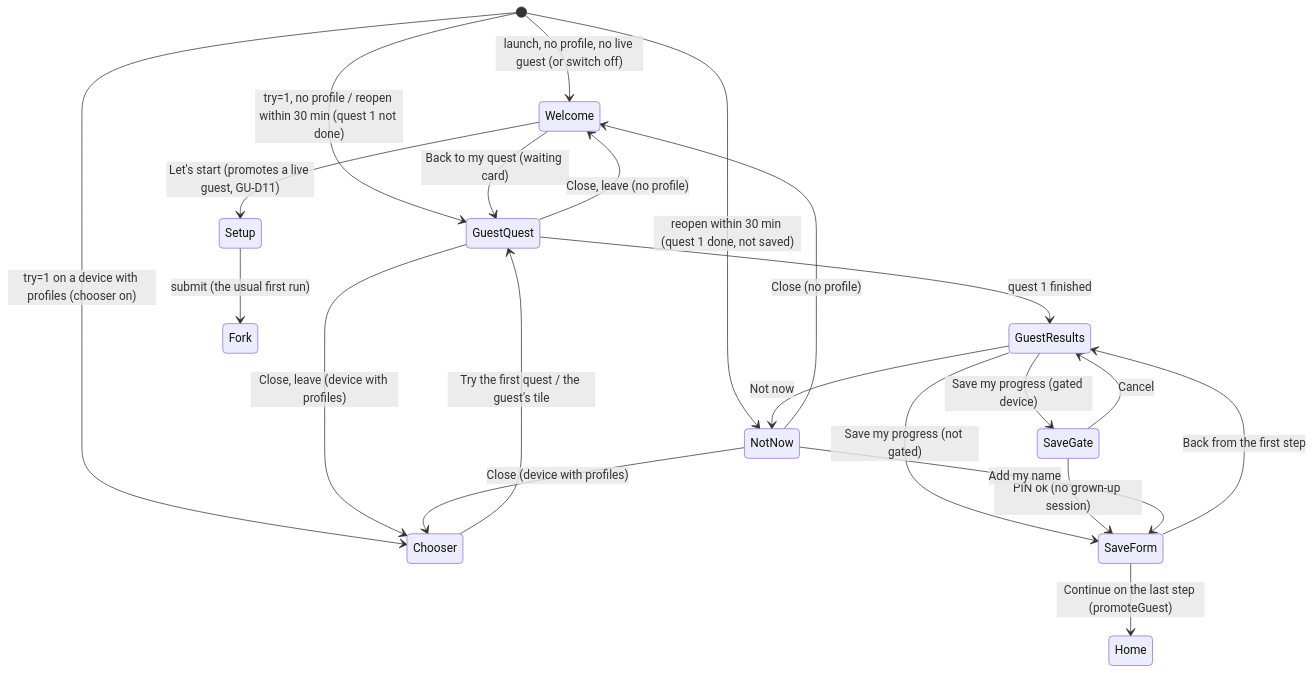
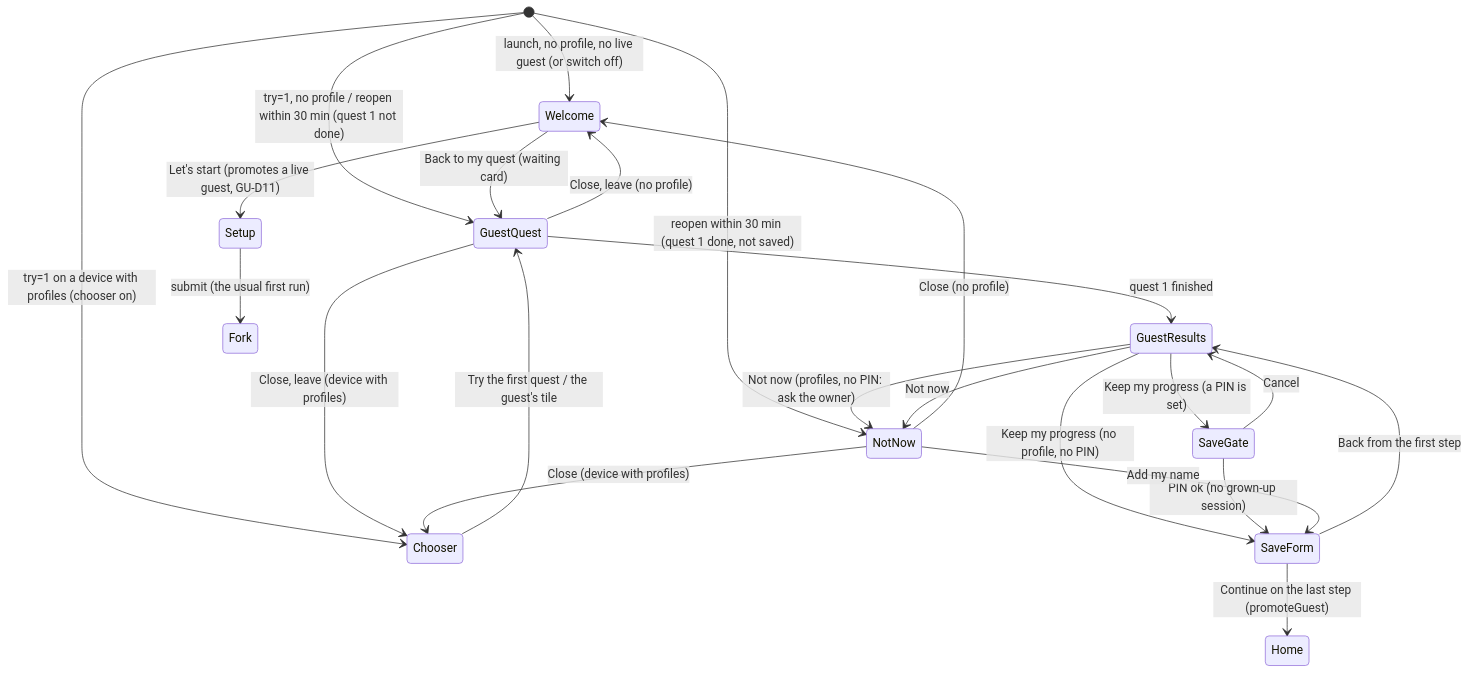
One commit to Denny-Hwang/Hangul_Route changed the diagram in docs/specs/AMENDMENTS-GUEST-FIRST-LESSON.md. Above: the diagram before and after it, drawn with Mermaid. The commit also changed other lines of this file and 8 other files, not shown here.

````diff
--- a/docs/specs/AMENDMENTS-GUEST-FIRST-LESSON.md
+++ b/docs/specs/AMENDMENTS-GUEST-FIRST-LESSON.md
@@ -152,24 +156,25 @@
 ```mermaid
 stateDiagram-v2
     [*] --> Welcome: launch, no profile, no live guest (or switch off)
     [*] --> GuestQuest: try=1, no profile / reopen within 30 min (quest 1 not done)
     [*] --> NotNow: reopen within 30 min (quest 1 done, not saved)
     [*] --> Chooser: try=1 on a device with profiles (chooser on)
     Welcome --> GuestQuest: Back to my quest (waiting card)
     Welcome --> Setup: Let's start (promotes a live guest, GU-D11)
     Chooser --> GuestQuest: Try the first quest / the guest's tile
     GuestQuest --> GuestResults: quest 1 finished
     GuestQuest --> Welcome: Close, leave (no profile)
     GuestQuest --> Chooser: Close, leave (device with profiles)
-    GuestResults --> SaveGate: Save my progress (gated device)
-    GuestResults --> SaveForm: Save my progress (not gated)
+    GuestResults --> SaveGate: Keep my progress (a PIN is set)
+    GuestResults --> SaveForm: Keep my progress (no profile, no PIN)
+    GuestResults --> NotNow: Not now (profiles, no PIN: ask the owner)
     SaveGate --> SaveForm: PIN ok (no grown-up session)
     SaveGate --> GuestResults: Cancel
     GuestResults --> NotNow: Not now
     NotNow --> SaveForm: Add my name
     NotNow --> Welcome: Close (no profile)
     NotNow --> Chooser: Close (device with profiles)
     SaveForm --> Home: Continue on the last step (promoteGuest)
     SaveForm --> GuestResults: Back from the first step
     Setup --> Fork: submit (the usual first run)
 ```
````
